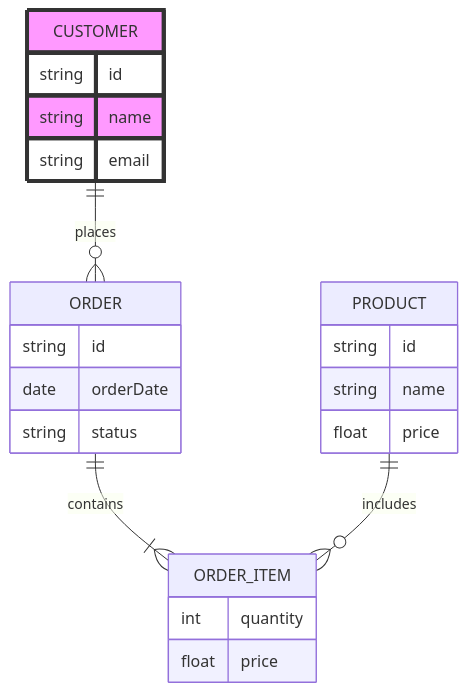
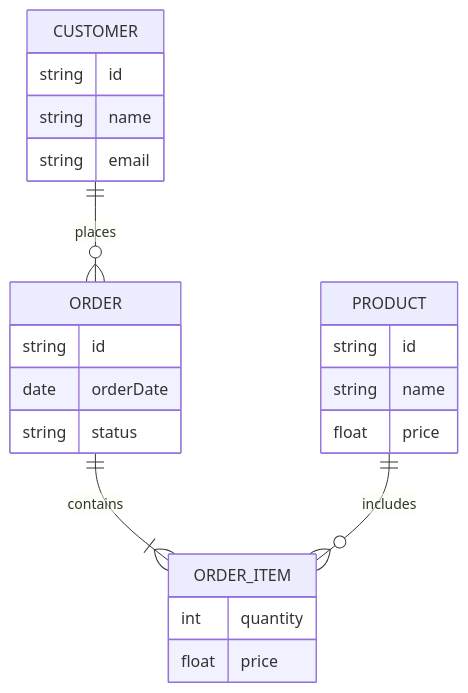
One commit to pedroporo/apuntesclase changed the first of 2 diagrams in 01 Apuntes/DAM/Sistemas de gestión empresarial/Index.md. Above: the diagram before and after it, drawn with Mermaid. The commit also changed other lines of this file, not shown here.

````diff
--- a/01 Apuntes/DAM/Sistemas de gestión empresarial/Index.md
+++ b/01 Apuntes/DAM/Sistemas de gestión empresarial/Index.md
@@ -77,47 +77,47 @@
 ```mermaid
 erDiagram
 
 CUSTOMER ||--o{ ORDER : places
 
 ORDER ||--|{ ORDER_ITEM : contains
 
 PRODUCT ||--o{ ORDER_ITEM : includes
 
 CUSTOMER {
 
 string id
 
 string name
 
 string email
 
 }
-style CUSTOMER fill:#f9f,stroke:#333,stroke-width:4px
+
 ORDER {
 
 string id
 
 date orderDate
 
 string status
 
 }
 
 PRODUCT {
 
 string id
 
 string name
 
 float price
 
 }
 
 ORDER_ITEM {
 
 int quantity
 
 float price
 
 }
 ```
````
